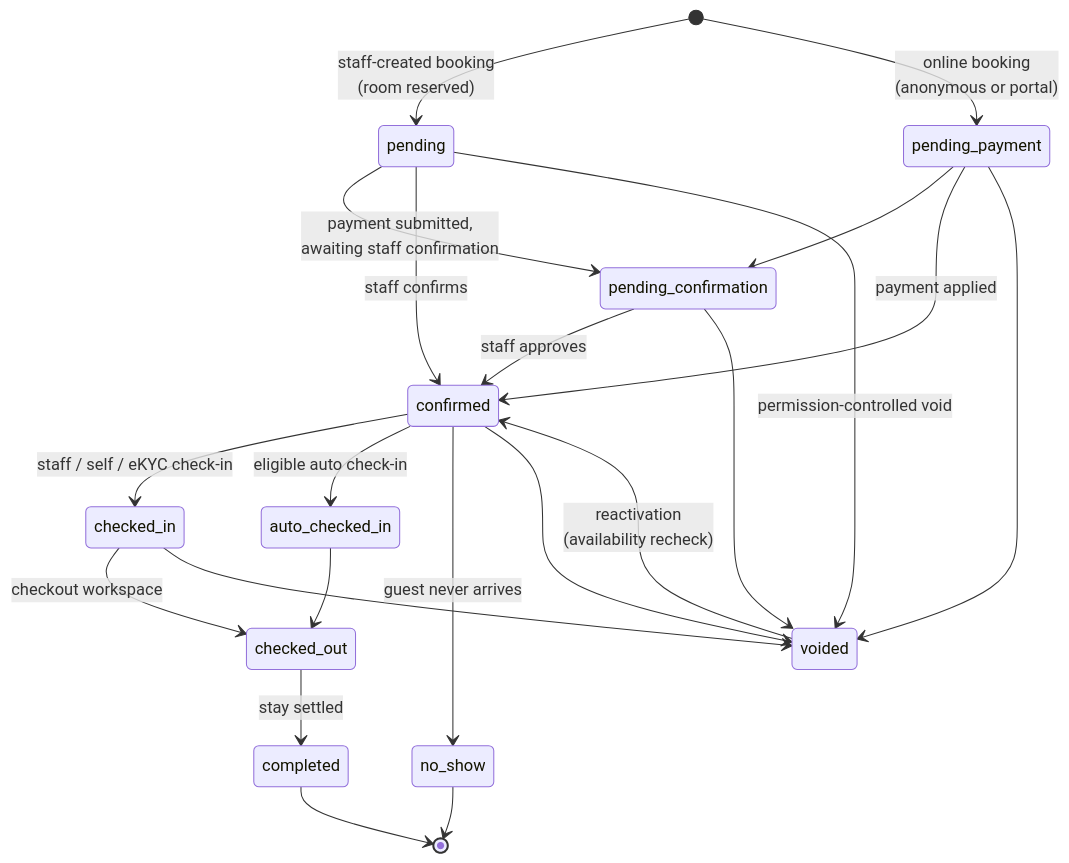
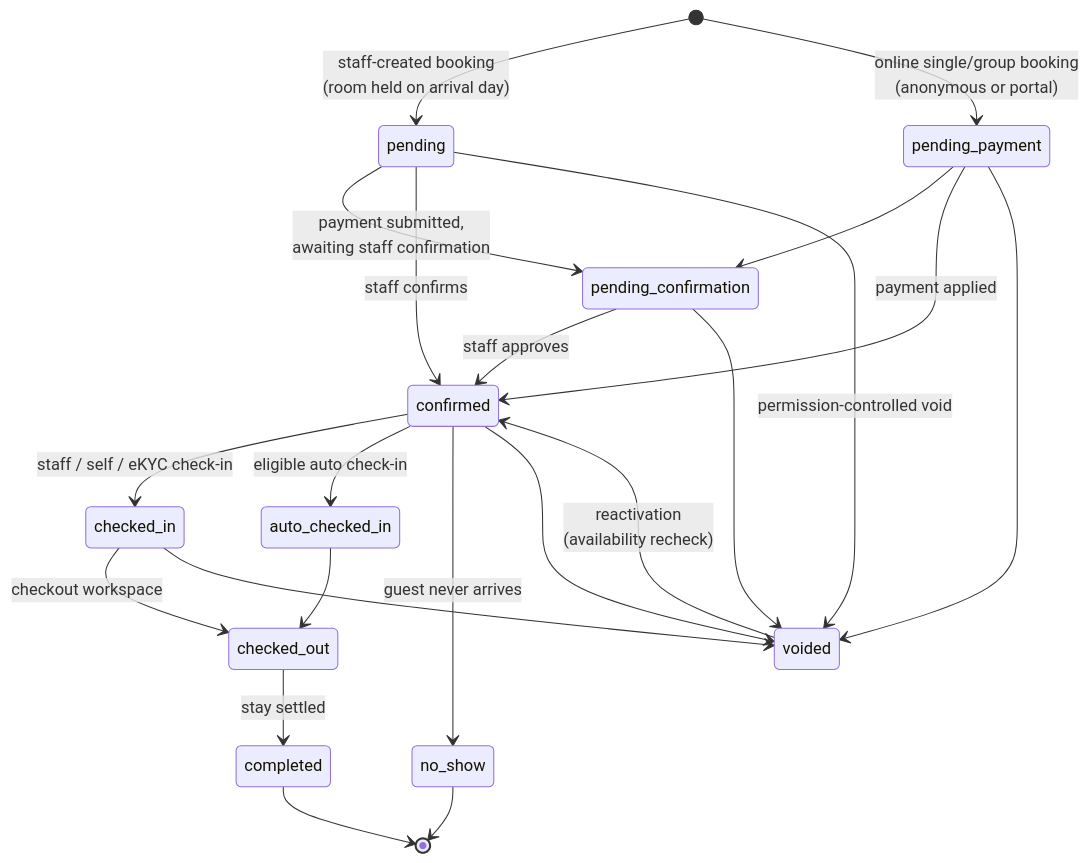
One commit to siewong007/hotel-app-rust changed the first of 4 diagrams in docs/architecture/system-flows.md. Above: the diagram before and after it, drawn with Mermaid. The commit also changed other lines of this file and 66 other files, not shown here.

````diff
--- a/docs/architecture/system-flows.md
+++ b/docs/architecture/system-flows.md
@@ -95,24 +95,24 @@
 ```mermaid
 stateDiagram-v2
-    [*] --> pending : staff-created booking<br/>(room reserved)
-    [*] --> pending_payment : online booking<br/>(anonymous or portal)
+    [*] --> pending : staff-created booking<br/>(room held on arrival day)
+    [*] --> pending_payment : online single/group booking<br/>(anonymous or portal)
     pending --> pending_confirmation : payment submitted,<br/>awaiting staff confirmation
     pending_payment --> pending_confirmation
     pending --> confirmed : staff confirms
     pending_payment --> confirmed : payment applied
     pending_confirmation --> confirmed : staff approves
     confirmed --> checked_in : staff / self / eKYC check-in
     confirmed --> auto_checked_in : eligible auto check-in
     confirmed --> no_show : guest never arrives
     checked_in --> checked_out : checkout workspace
     auto_checked_in --> checked_out
     checked_out --> completed : stay settled
     pending --> voided : permission-controlled void
     pending_payment --> voided
     pending_confirmation --> voided
     confirmed --> voided
     checked_in --> voided
     voided --> confirmed : reactivation<br/>(availability recheck)
     no_show --> [*]
     completed --> [*]
 ```
````
